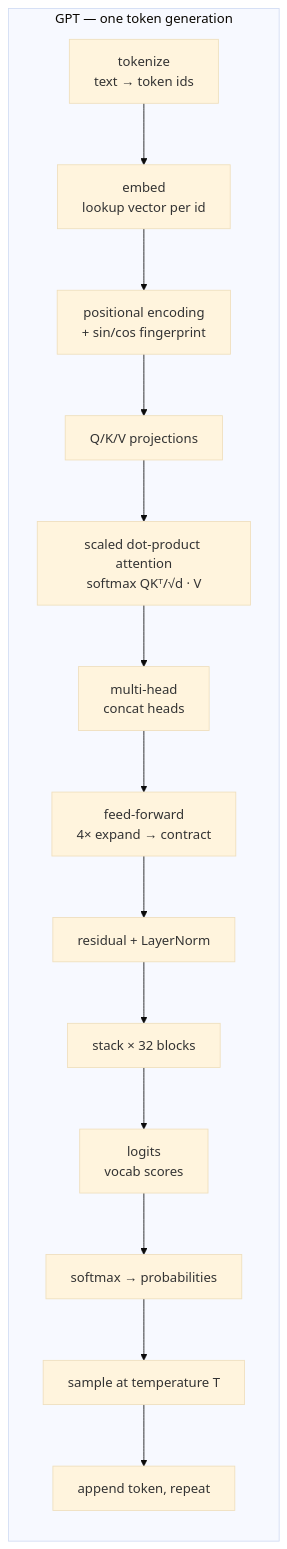
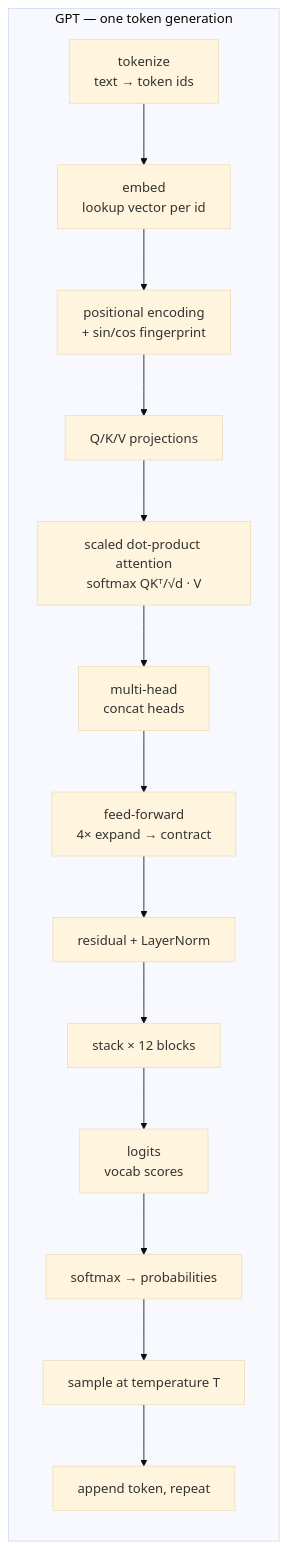
Before and after one commit to Mostakim2005/gpt-moe-3d-explainer: the first of 11 diagrams in docs/algorithms.md, drawn with Mermaid (base theme). The commit also changed other lines of this file and 35 other files, not shown here.

````diff
--- a/docs/algorithms.md
+++ b/docs/algorithms.md
@@ -7,17 +13,17 @@
 ```mermaid
 flowchart LR
     subgraph GPT["GPT — one token generation"]
         T[tokenize\ntext → token ids] --> E[embed\nlookup vector per id]
         E --> P[positional encoding\n+ sin/cos fingerprint]
         P --> A1[Q/K/V projections]
         A1 --> ATT[scaled dot-product attention\nsoftmax QKᵀ/√d · V]
         ATT --> H[multi-head\nconcat heads]
         H --> FF[feed-forward\n4× expand → contract]
         FF --> R[residual + LayerNorm]
-        R --> S[stack × 32 blocks]
+        R --> S[stack × 12 blocks]
         S --> L[logits\nvocab scores]
         L --> SM[softmax → probabilities]
         SM --> SAMP[sample at temperature T]
         SAMP --> LOOP[append token, repeat]
     end
 ```
````
